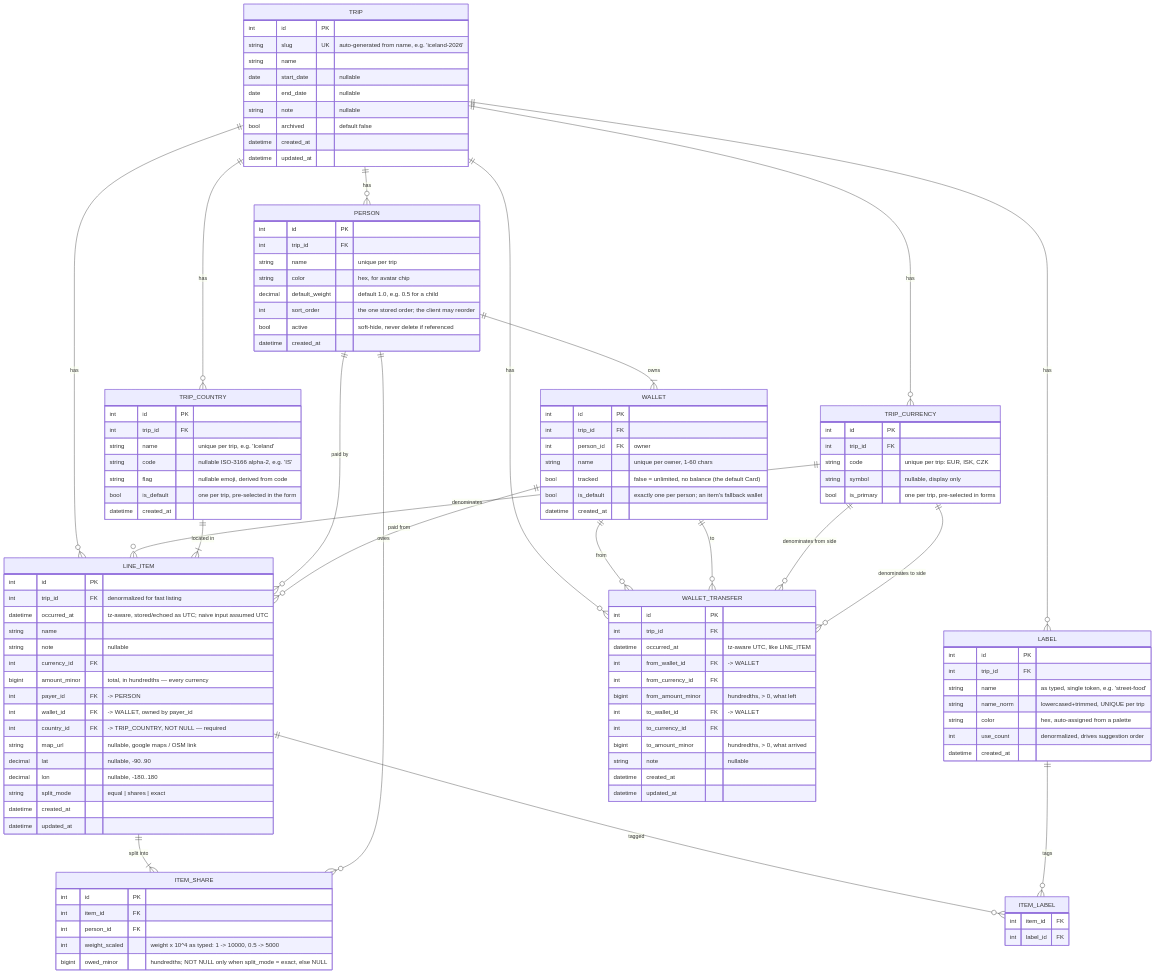
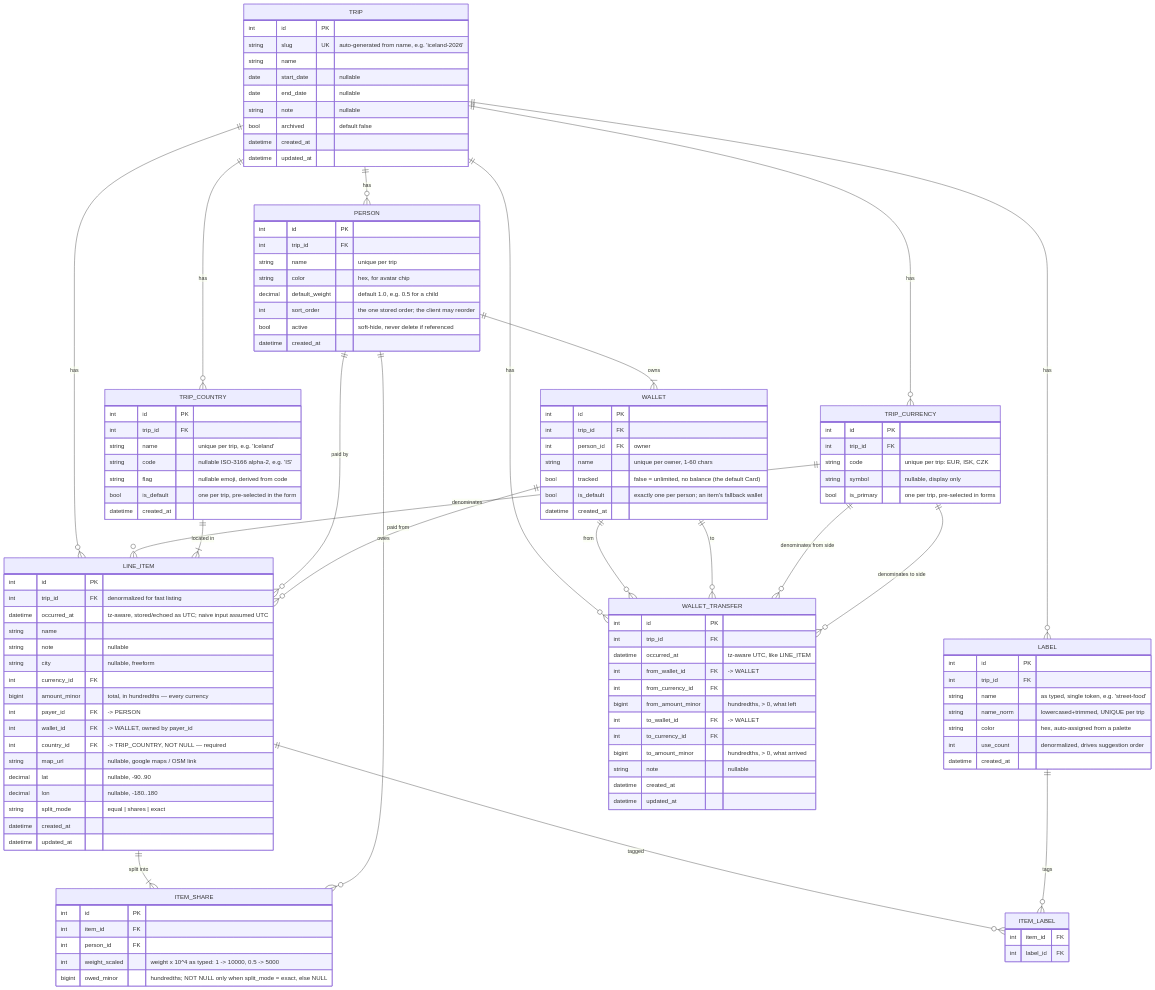
One commit to pehala/tripaccounter changed the diagram in design/ERD.md. Above: the diagram before and after it, drawn with Mermaid. The commit also changed 24 other files, not shown here.

```diff
--- a/design/ERD.md
+++ b/design/ERD.md
@@ -95,6 +95,7 @@
         datetime occurred_at "tz-aware, stored/echoed as UTC; naive input assumed UTC"
         string   name
         string   note "nullable"
+        string   city "nullable, freeform"
         int      currency_id FK
         bigint   amount_minor "total, in hundredths — every currency"
         int      payer_id FK "-> PERSON"
```
